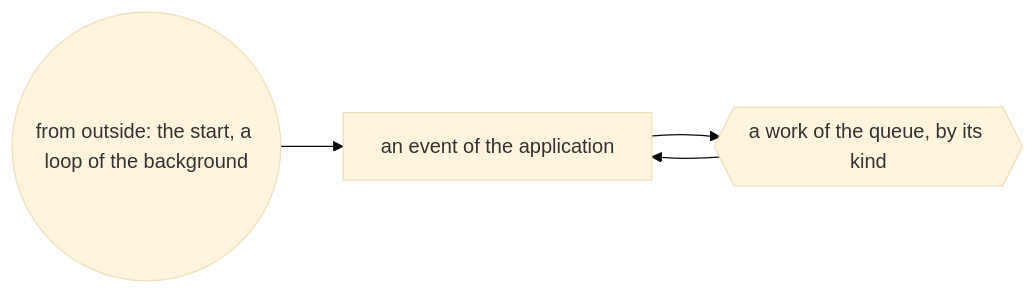
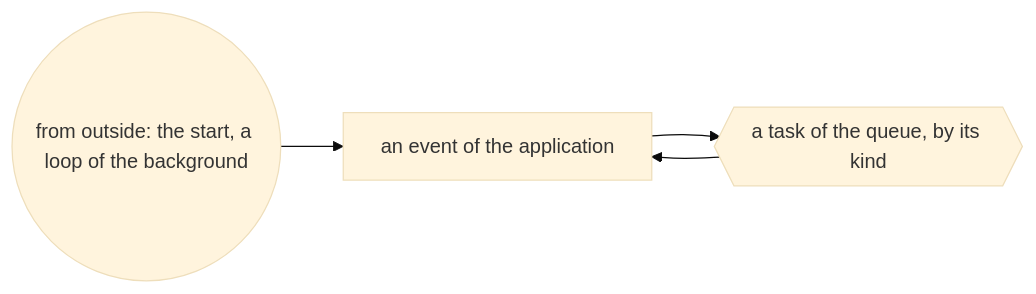
One commit to vlsergey/recommend4me changed the first of 2 diagrams in docs/events.md. Above: the diagram before and after it, drawn with Mermaid (base theme). The commit also changed other lines of this file and 82 other files, not shown here.

````diff
--- a/docs/events.md
+++ b/docs/events.md
@@ -13,6 +13,6 @@
 ```mermaid
 flowchart LR
     outside(("from outside: the start, a loop of the background")) --> event["an event of the application"]
-    event --> work{{"a work of the queue, by its kind"}}
-    work --> event
+    event --> task{{"a task of the queue, by its kind"}}
+    task --> event
 ```
````
